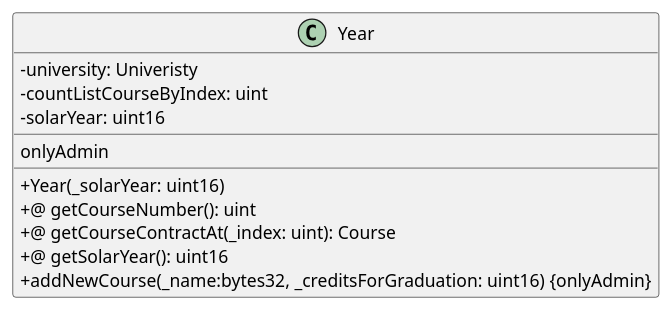
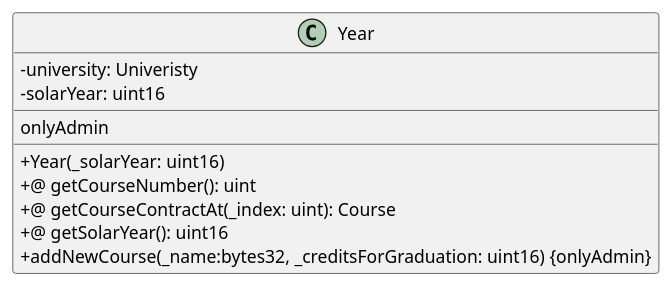
One commit to M9k/Marvin-Uml changed the diagram in Solidity/Contracts/Year.iuml. Above: the diagram before and after it, drawn with PlantUML. The commit also changed 7 other files, not shown here.

```diff
--- a/Solidity/Contracts/Year.iuml
+++ b/Solidity/Contracts/Year.iuml
@@ -1,16 +1,15 @@
 @startuml
 skinparam classAttributeIconSize 0
 class Year {
 - university: Univeristy
-- countListCourseByIndex: uint
 - solarYear: uint16
 __
 onlyAdmin
 __
 + Year(_solarYear: uint16)
 +@ getCourseNumber(): uint
 +@ getCourseContractAt(_index: uint): Course
 +@ getSolarYear(): uint16
 + addNewCourse(_name:bytes32, _creditsForGraduation: uint16) {onlyAdmin}
 }
 @enduml
```
